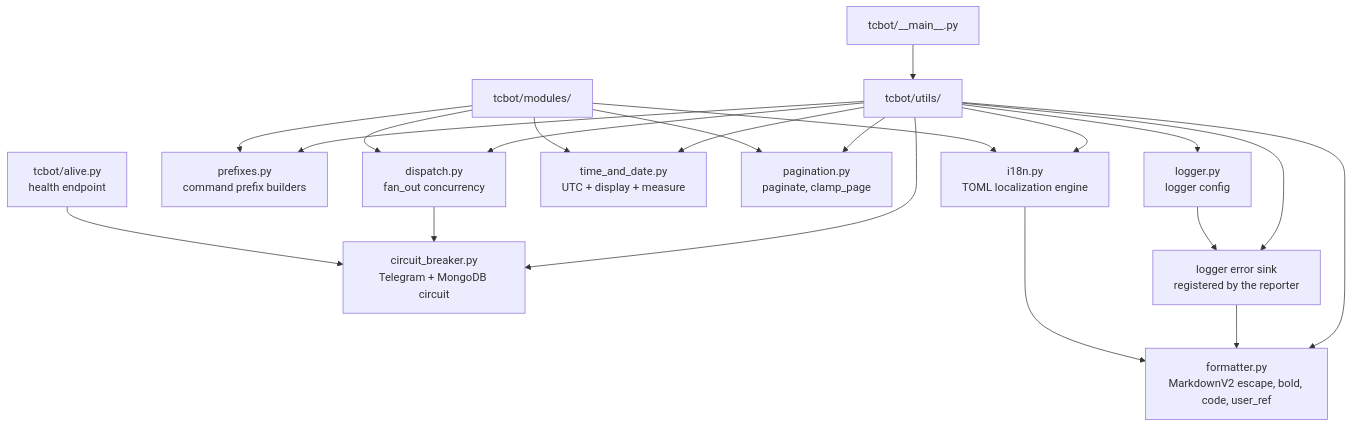
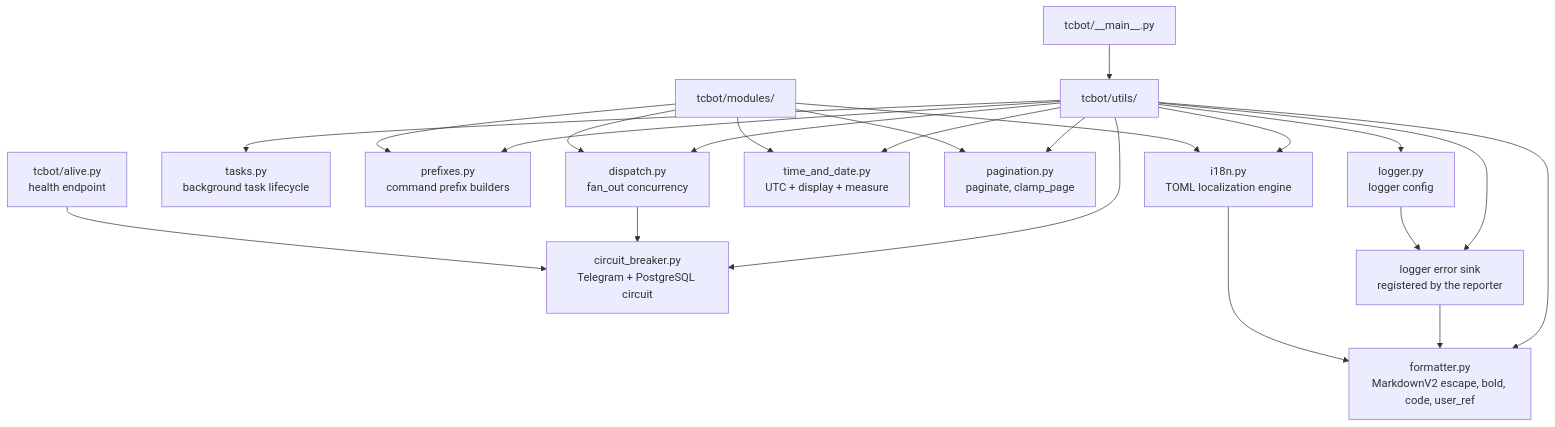
Before and after one commit to D1ZZY4/tcbot: the diagram in docs/architecture/utilities.md, drawn with Mermaid. The commit also changed other lines of this file and 132 other files, not shown here.

````diff
--- a/docs/architecture/utilities.md
+++ b/docs/architecture/utilities.md
@@ -9,23 +9,24 @@
 ```mermaid
 flowchart TD
     Main[tcbot/__main__.py] --> Utils[tcbot/utils/]
-    Utils --> CB[circuit_breaker.py<br/>Telegram + MongoDB circuit]
+    Utils --> CB[circuit_breaker.py<br/>Telegram + PostgreSQL circuit]
     Utils --> Dispatch[dispatch.py<br/>fan_out concurrency]
+    Utils --> Tasks[tasks.py<br/>background task lifecycle]
     Utils --> Prefixes[prefixes.py<br/>command prefix builders]
     Utils --> Logging[logger.py<br/>logger config]
     Utils --> ErrorReporter[logger error sink<br/>registered by the reporter]
     Utils --> TimeDate[time_and_date.py<br/>UTC + display + measure]
     Utils --> Pagination[pagination.py<br/>paginate, clamp_page]
     Utils --> Fmt[formatter.py<br/>MarkdownV2 escape, bold, code, user_ref]
     Utils --> I18n[i18n.py<br/>TOML localization engine]
     Dispatch --> CB
     Modules[tcbot/modules/] --> Dispatch
     Modules --> Prefixes
     Modules --> TimeDate
     Modules --> Pagination
     Modules --> I18n
     Logging --> ErrorReporter
     ErrorReporter --> Fmt
     I18n --> Fmt
     Alive[tcbot/alive.py<br/>health endpoint] --> CB
 ```
````
